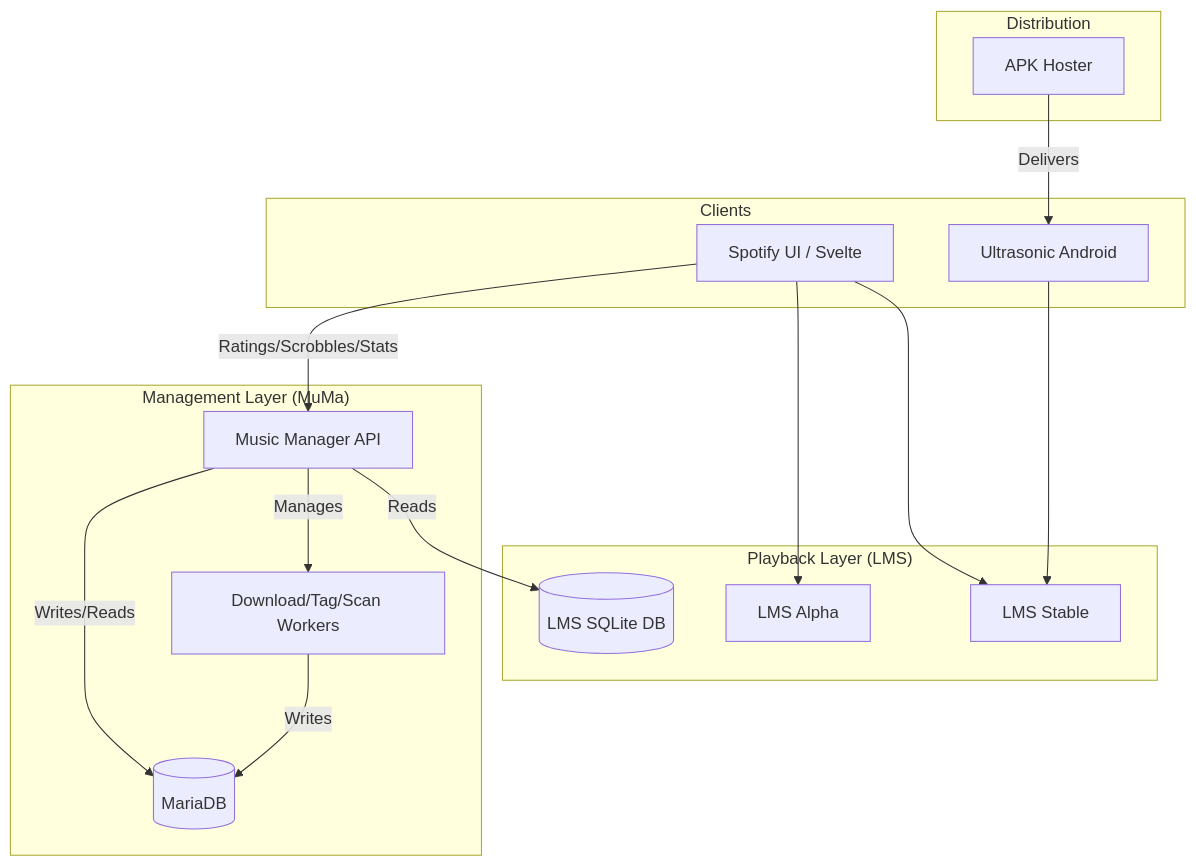
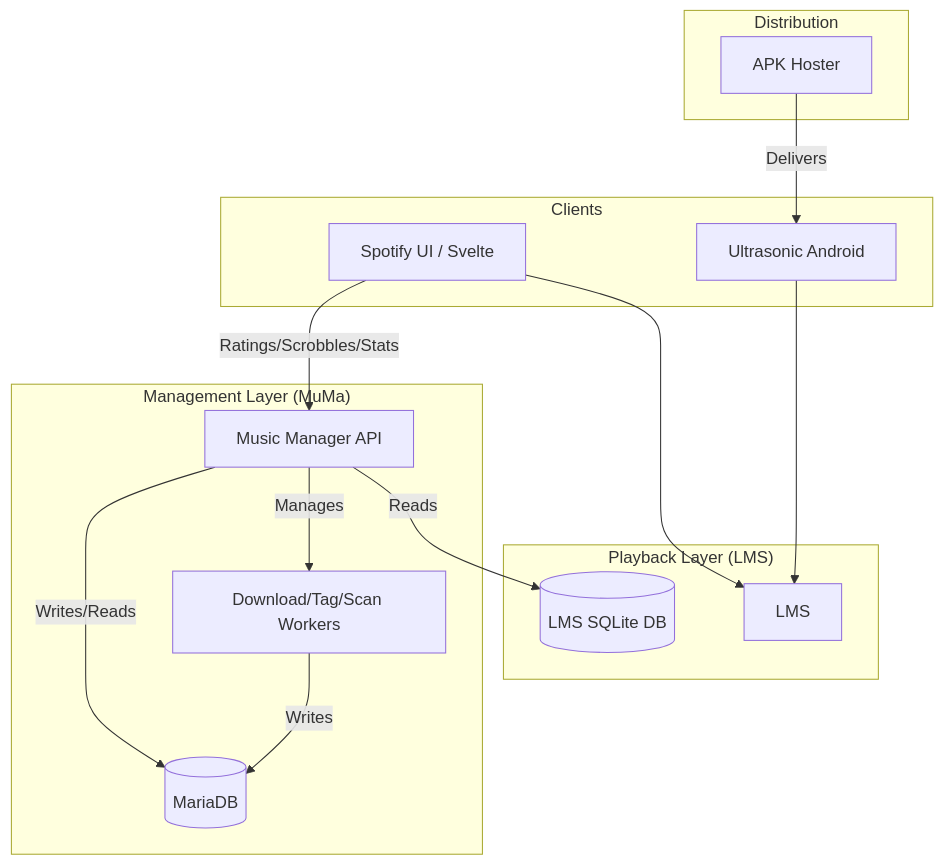
One commit to tsshadow/music-management changed the first of 5 diagrams in docs/architecture.md. Above: the diagram before and after it, drawn with Mermaid. The commit also changed other lines of this file and 12 other files, not shown here.

````diff
--- a/docs/architecture.md
+++ b/docs/architecture.md
@@ -102,36 +103,34 @@
 ```mermaid
 graph TD
     subgraph Clients
         WebUI[Spotify UI / Svelte]
         Mobile[Ultrasonic Android]
     end
 
     subgraph "Playback Layer (LMS)"
-        LMS_Stable[LMS Stable]
-        LMS_Alpha[LMS Alpha]
+        LMS_Stable[LMS]
         LMS_DB[(LMS SQLite DB)]
     end
 
     subgraph "Management Layer (MuMa)"
         MuMaCore[Music Manager API]
         MainDB[(MariaDB)]
         Workers[Download/Tag/Scan Workers]
     end
 
     subgraph Distribution
         APKHoster[APK Hoster]
     end
 
     WebUI --> LMS_Stable
-    WebUI --> LMS_Alpha
     WebUI -- Ratings/Scrobbles/Stats --> MuMaCore
     Mobile --> LMS_Stable
     
     MuMaCore -- Reads --> LMS_DB
     MuMaCore -- Manages --> Workers
     
     Workers -- Writes --> MainDB
     MuMaCore -- Writes/Reads --> MainDB
     
     APKHoster -- Delivers --> Mobile
 ```
````
